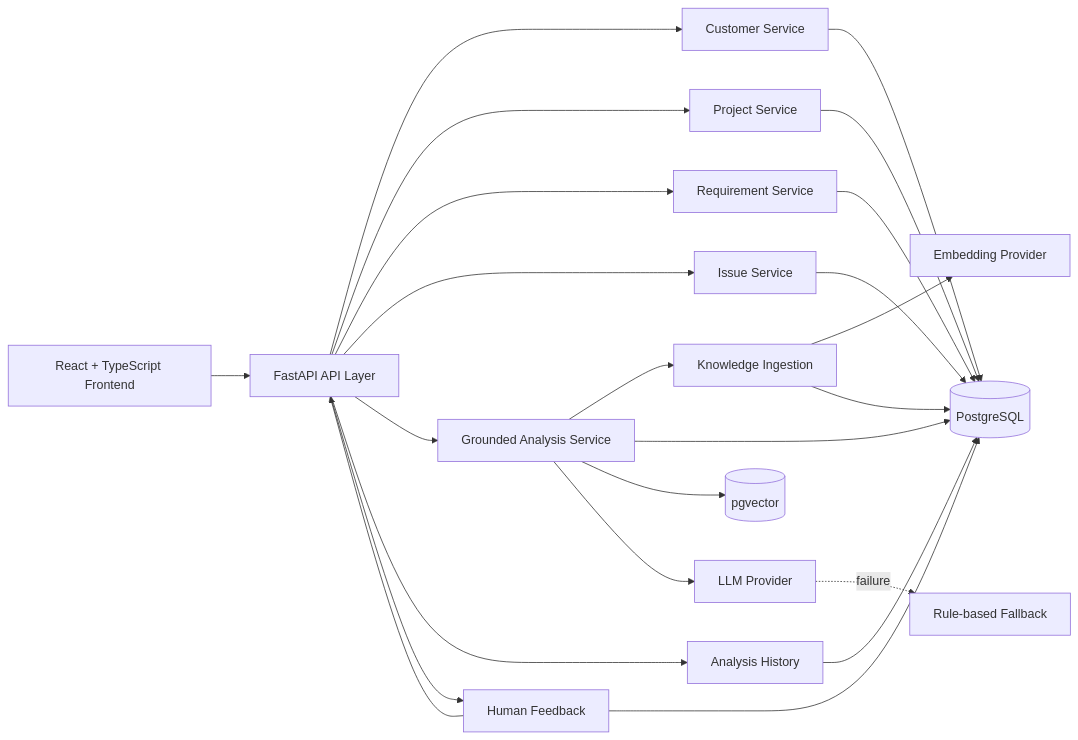
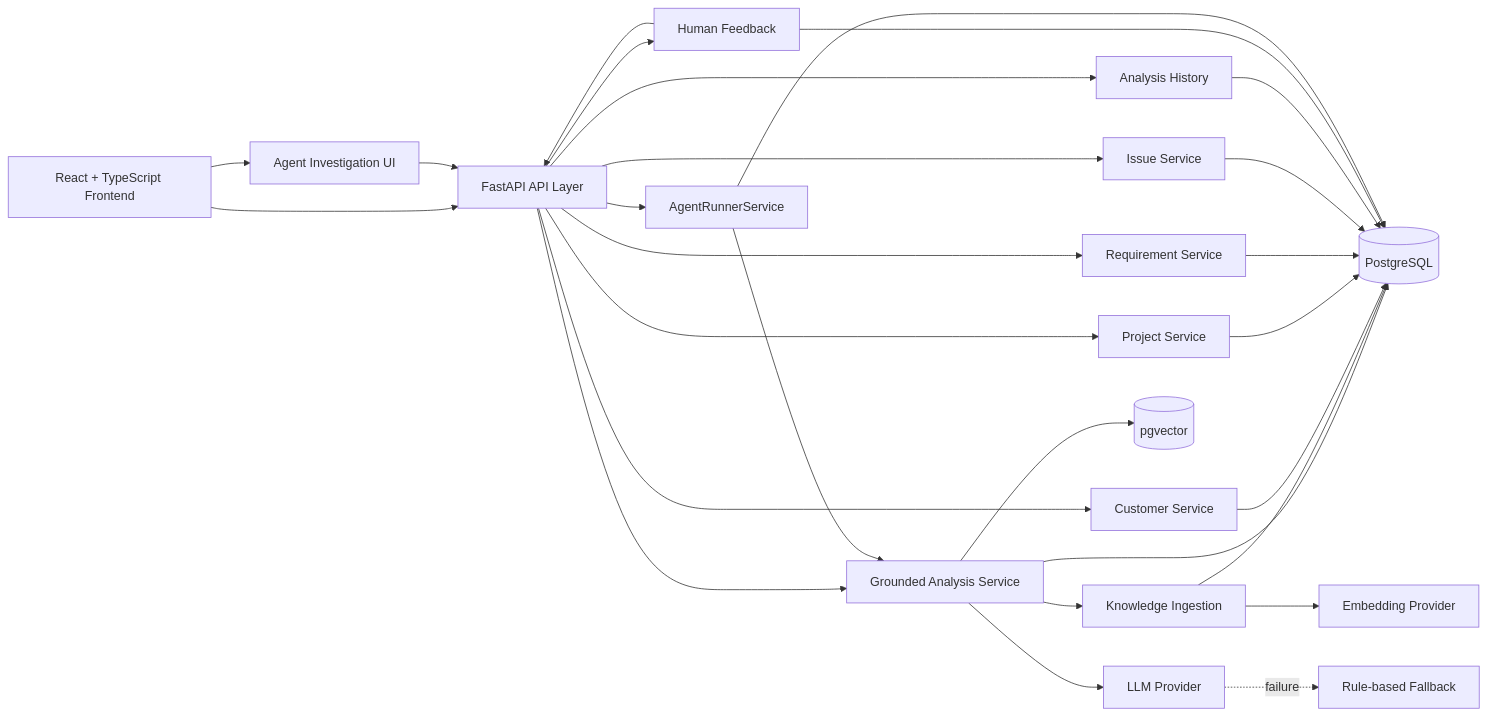
One commit to Dio23366/delivery-copilot changed the second of 6 diagrams in docs/architecture.md. Above: the diagram before and after it, drawn with Mermaid. The commit also changed other lines of this file and 23 other files, not shown here.

Commit message:
feat: publish bounded agent investigation demo (#1)

````diff
--- a/docs/architecture.md
+++ b/docs/architecture.md
@@ -46,26 +65,31 @@
 ```mermaid
 flowchart LR
   FE[React + TypeScript Frontend] --> API[FastAPI API Layer]
+  FE --> AUI[Agent Investigation UI]
+  AUI --> API
   API --> CS[Customer Service]
   API --> PS[Project Service]
   API --> RS[Requirement Service]
   API --> IS[Issue Service]
   API --> GAS[Grounded Analysis Service]
   API --> HS[Analysis History]
   API --> HF[Human Feedback]
+  API --> AR[AgentRunnerService]
 
   GAS --> KI[Knowledge Ingestion]
   KI --> EP[Embedding Provider]
   GAS --> PG[(PostgreSQL)]
   KI --> PG
   CS --> PG
   PS --> PG
   RS --> PG
   IS --> PG
   HS --> PG
   HF --> PG
+  AR --> PG
+  AR --> GAS
   GAS --> PGV[(pgvector)]
   GAS --> LLM[LLM Provider]
   LLM -. failure .-> RBF[Rule-based Fallback]
   HF --> API
 ```
````
